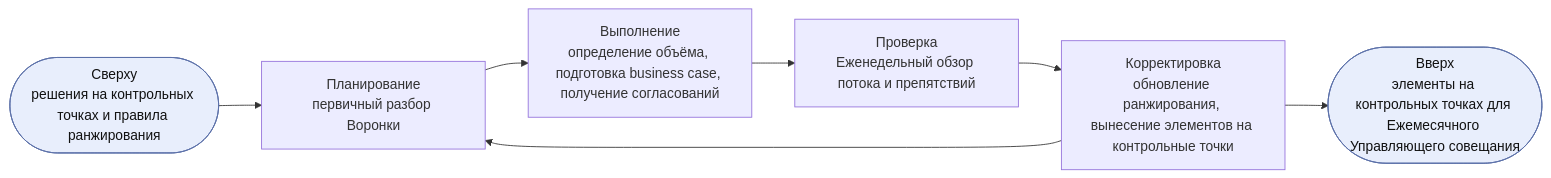
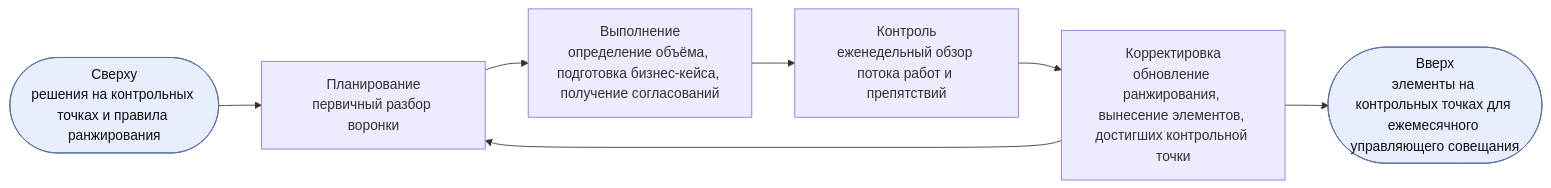
Before and after one commit to devhogu/ob-aicc: the fourth of 8 diagrams in charter/ru/documents/portfolio-management-model.md, drawn with Mermaid. The commit also changed other lines of this file and 4 other files, not shown here.

````diff
--- a/charter/ru/documents/portfolio-management-model.md
+++ b/charter/ru/documents/portfolio-management-model.md
@@ -114,7 +114,7 @@
 ```mermaid
 flowchart LR
   IN(["Сверху<br/>решения на контрольных точках и правила ранжирования"]):::iface --> P
-  P["Планирование<br/>первичный разбор Воронки"] --> D["Выполнение<br/>определение объёма, подготовка business case, получение согласований"] --> C["Проверка<br/>Еженедельный обзор потока и препятствий"] --> A["Корректировка<br/>обновление ранжирования, вынесение элементов на контрольные точки"] --> P
-  A --> UP(["Вверх<br/>элементы на контрольных точках для Ежемесячного Управляющего совещания"]):::iface
+  P["Планирование<br/>первичный разбор воронки"] --> D["Выполнение<br/>определение объёма, подготовка бизнес-кейса, получение согласований"] --> C["Контроль<br/>еженедельный обзор потока работ и препятствий"] --> A["Корректировка<br/>обновление ранжирования, вынесение элементов, достигших контрольной точки"] --> P
+  A --> UP(["Вверх<br/>элементы на контрольных точках для ежемесячного управляющего совещания"]):::iface
   classDef iface fill:#e8eefc,stroke:#5a6fa8,color:#111
 ```
````
